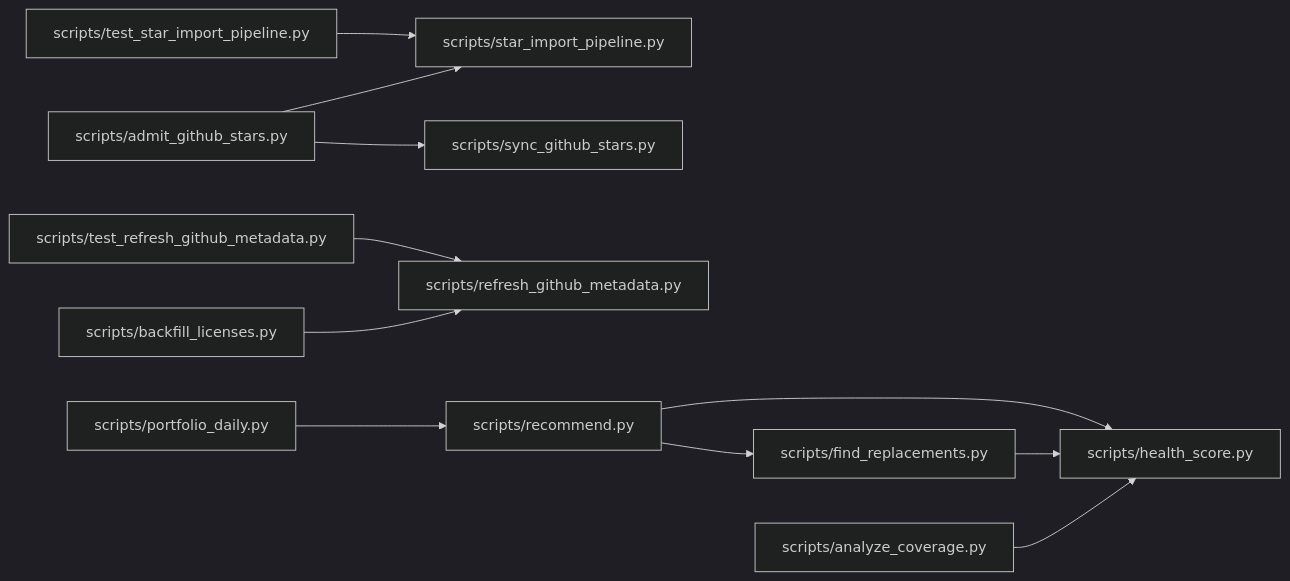
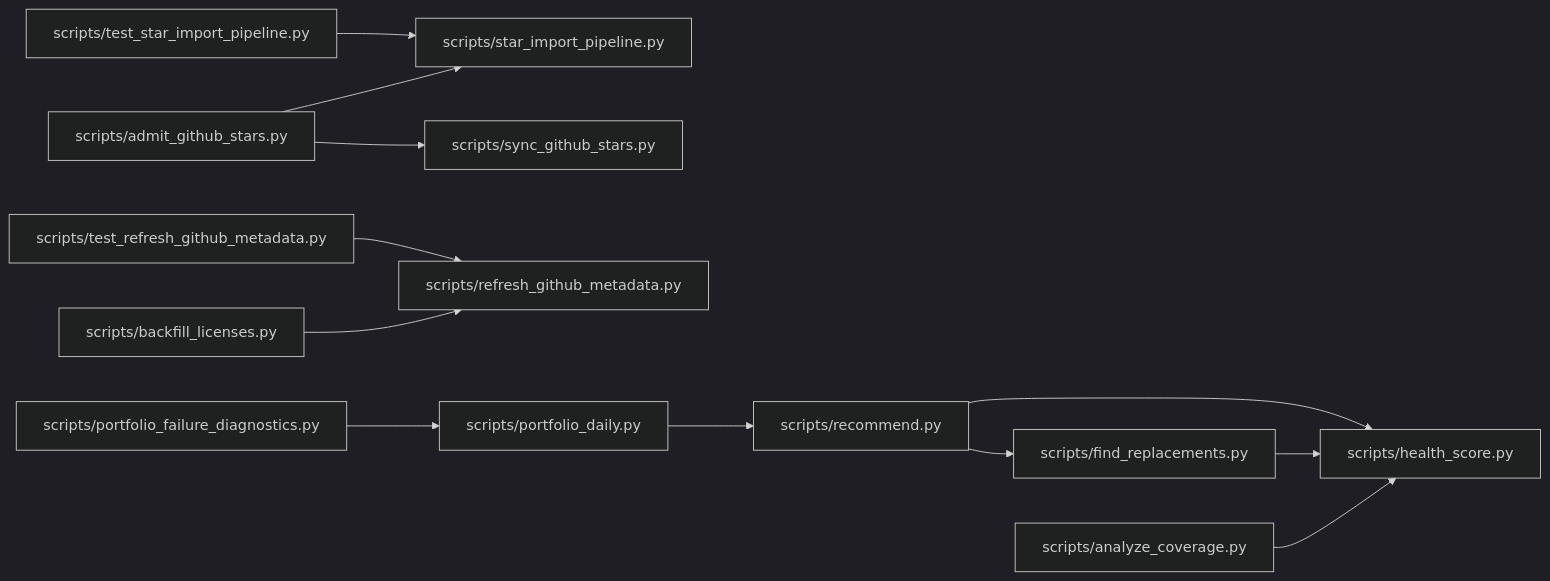
Before and after one commit to dbrckk/star-list: the diagram in .ai/brain/architecture.mmd, drawn with Mermaid (dark theme). The commit also changed 78 other files, not shown here.

```diff
--- a/.ai/brain/architecture.mmd
+++ b/.ai/brain/architecture.mmd
@@ -1,11 +1,12 @@
 flowchart LR
   n8d03612ec4["scripts/admit_github_stars.py"] --> n83b2d4016a["scripts/star_import_pipeline.py"]
   n8d03612ec4["scripts/admit_github_stars.py"] --> n9ec765cbfe["scripts/sync_github_stars.py"]
   n493b546fce["scripts/analyze_coverage.py"] --> n61da7feb3f["scripts/health_score.py"]
   nbea452dbc9["scripts/backfill_licenses.py"] --> n673a0bb367["scripts/refresh_github_metadata.py"]
   n3c5af248bc["scripts/find_replacements.py"] --> n61da7feb3f["scripts/health_score.py"]
   n9c65ddcee9["scripts/portfolio_daily.py"] --> n6b33751c21["scripts/recommend.py"]
+  nc1854cfb67["scripts/portfolio_failure_diagnostics.py"] --> n9c65ddcee9["scripts/portfolio_daily.py"]
   n6b33751c21["scripts/recommend.py"] --> n3c5af248bc["scripts/find_replacements.py"]
   n6b33751c21["scripts/recommend.py"] --> n61da7feb3f["scripts/health_score.py"]
   nfc3af7e38e["scripts/test_refresh_github_metadata.py"] --> n673a0bb367["scripts/refresh_github_metadata.py"]
   n0c8a572d8b["scripts/test_star_import_pipeline.py"] --> n83b2d4016a["scripts/star_import_pipeline.py"]
```
